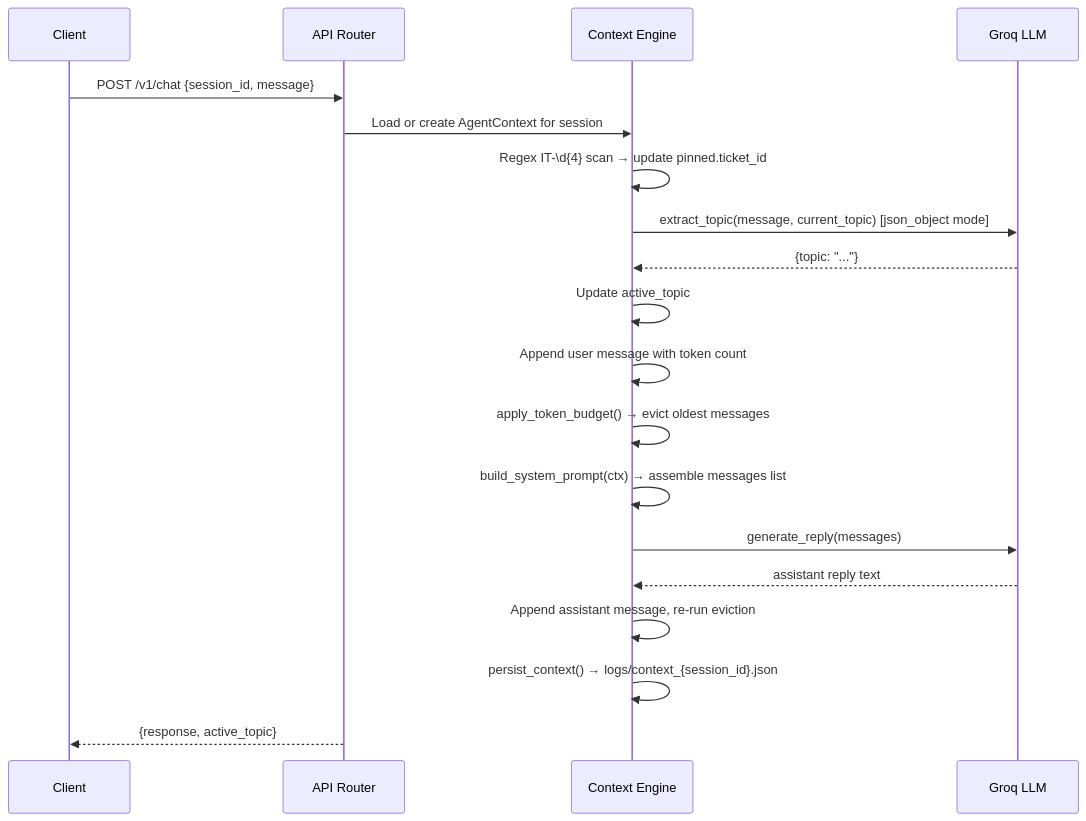
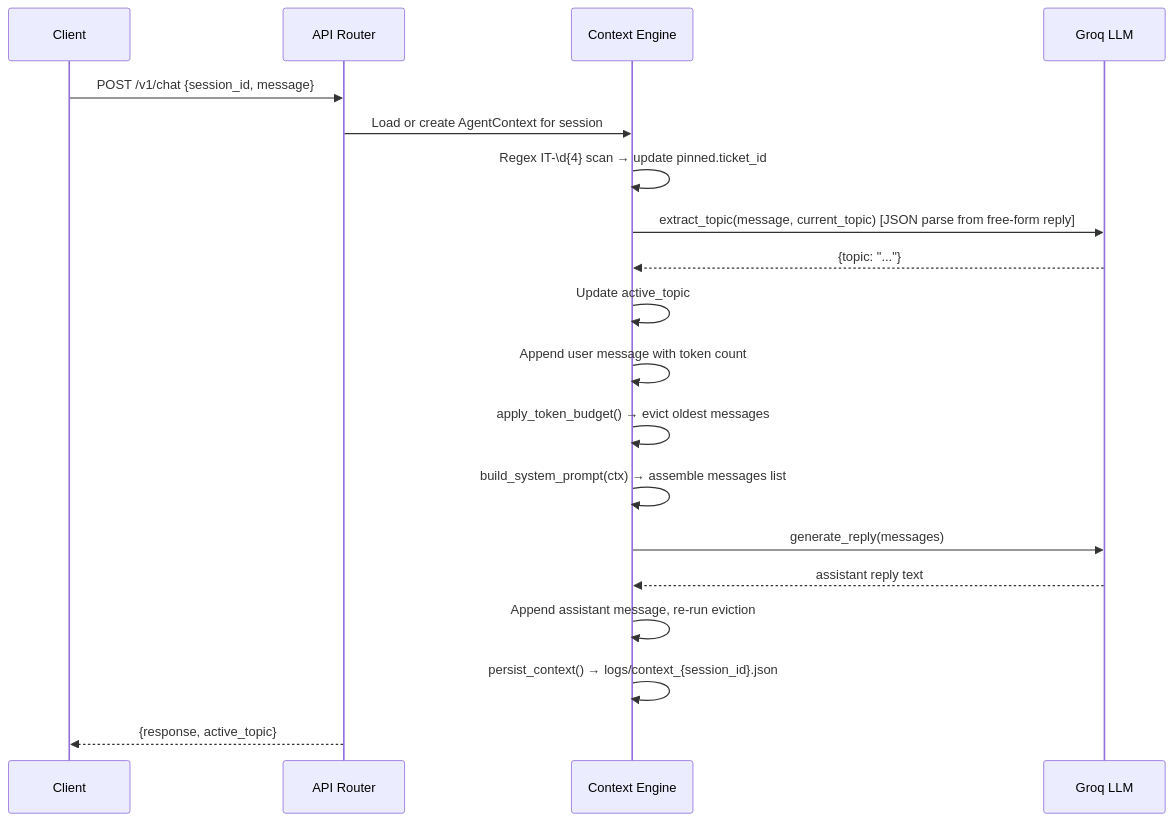
Before and after one commit to Rushikesh-5706/Context-Aware-IT-Helpdesk-Agent-with-Token-Budgets-and-Pinned-Memory: the diagram in README.md, drawn with Mermaid. The commit also changed other lines of this file, not shown here.

Commit message:
docs: fix stale model name, Mermaid diagram, and eval script description in README

````diff
--- a/README.md
+++ b/README.md
@@ -9,22 +9,22 @@
 ```mermaid
 sequenceDiagram
     participant C as Client
     participant R as API Router
     participant CE as Context Engine
     participant LLM as Groq LLM
 
     C->>R: POST /v1/chat {session_id, message}
     R->>CE: Load or create AgentContext for session
     CE->>CE: Regex IT-\d{4} scan → update pinned.ticket_id
-    CE->>LLM: extract_topic(message, current_topic) [json_object mode]
+    CE->>LLM: extract_topic(message, current_topic) [JSON parse from free-form reply]
     LLM-->>CE: {topic: "..."}
     CE->>CE: Update active_topic
     CE->>CE: Append user message with token count
     CE->>CE: apply_token_budget() → evict oldest messages
     CE->>CE: build_system_prompt(ctx) → assemble messages list
     CE->>LLM: generate_reply(messages)
     LLM-->>CE: assistant reply text
     CE->>CE: Append assistant message, re-run eviction
     CE->>CE: persist_context() → logs/context_{session_id}.json
     R-->>C: {response, active_topic}
 ```
````
